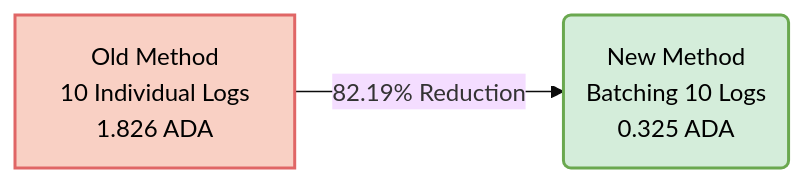
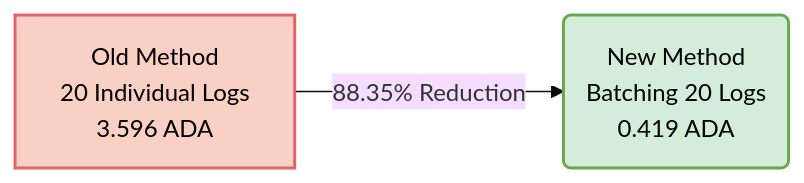
The second of 2 diagrams in report/4_1_Onchain_Cost_Optimization.md (ducnx-icheck/cardano-anti-counterfeit-system), drawn with Mermaid (base theme) before and after one commit. The commit also changed other lines of this file and 1 other file, not shown here.

````diff
--- a/report/4_1_Onchain_Cost_Optimization.md
+++ b/report/4_1_Onchain_Cost_Optimization.md
@@ -47,7 +64,7 @@
 ```mermaid
 flowchart LR
-    A[Old Method<br/>10 Individual Logs<br/>1.826 ADA] -->|82.19% Reduction| B(New Method<br/>Batching 10 Logs<br/>0.325 ADA)
+    A[Old Method<br/>20 Individual Logs<br/>3.596 ADA] -->|88.35% Reduction| B(New Method<br/>Batching 20 Logs<br/>0.419 ADA)
     
     style A fill:#f9d0c4,stroke:#e06666,stroke-width:2px,color:#000
     style B fill:#d4edda,stroke:#6aa84f,stroke-width:2px,color:#000
 ```
````
